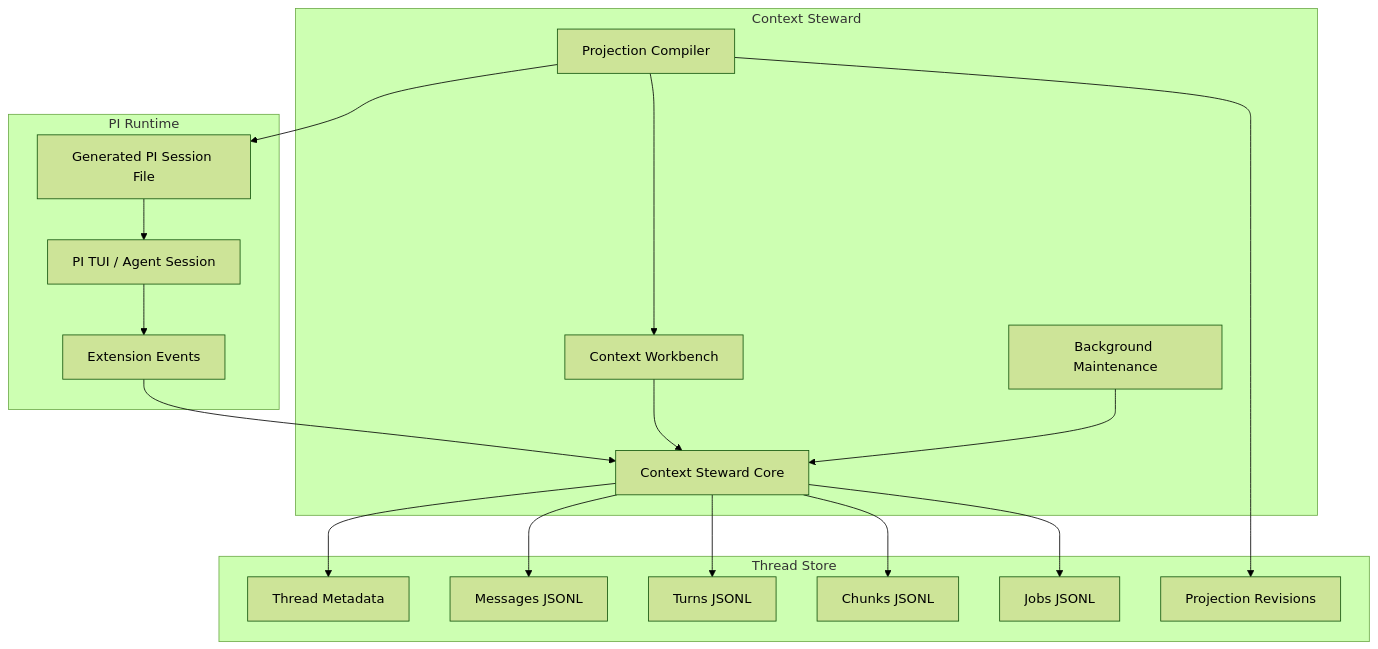
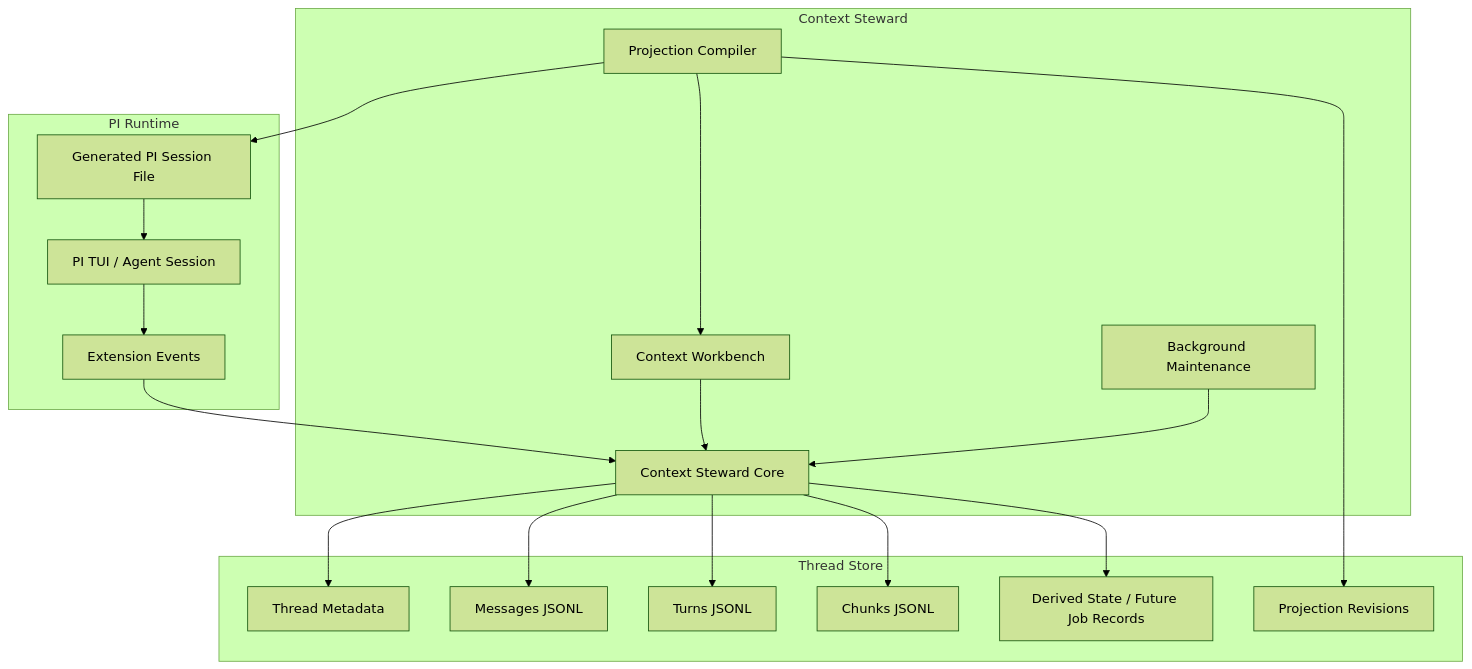
One commit to liminal-ai/pi-long-horizon changed the first of 4 diagrams in docs/spec-build/technical-architecture.md. Above: the diagram before and after it, drawn with Mermaid (forest theme). The commit also changed other lines of this file and 11 other files, not shown here.

````diff
--- a/docs/spec-build/technical-architecture.md
+++ b/docs/spec-build/technical-architecture.md
@@ -38,38 +38,38 @@
 ```mermaid
 flowchart TD
     subgraph PIRuntime["PI Runtime"]
         PI["PI TUI / Agent Session"]
         PIEvents["Extension Events"]
         PISession["Generated PI Session File"]
     end
 
     subgraph Steward["Context Steward"]
         Core["Context Steward Core"]
         Workbench["Context Workbench"]
         Jobs["Background Maintenance"]
         Compiler["Projection Compiler"]
     end
 
     subgraph Store["Thread Store"]
         Thread["Thread Metadata"]
         Messages["Messages JSONL"]
         Turns["Turns JSONL"]
         Chunks["Chunks JSONL"]
-        JobLog["Jobs JSONL"]
+        DerivedState["Derived State / Future Job Records"]
         Projections["Projection Revisions"]
     end
 
     PI --> PIEvents
     PIEvents --> Core
     Core --> Thread
     Core --> Messages
     Core --> Turns
     Core --> Chunks
-    Core --> JobLog
+    Core --> DerivedState
     Workbench --> Core
     Jobs --> Core
     Compiler --> Workbench
     Compiler --> Projections
     Compiler --> PISession
     PISession --> PI
 ```
````
